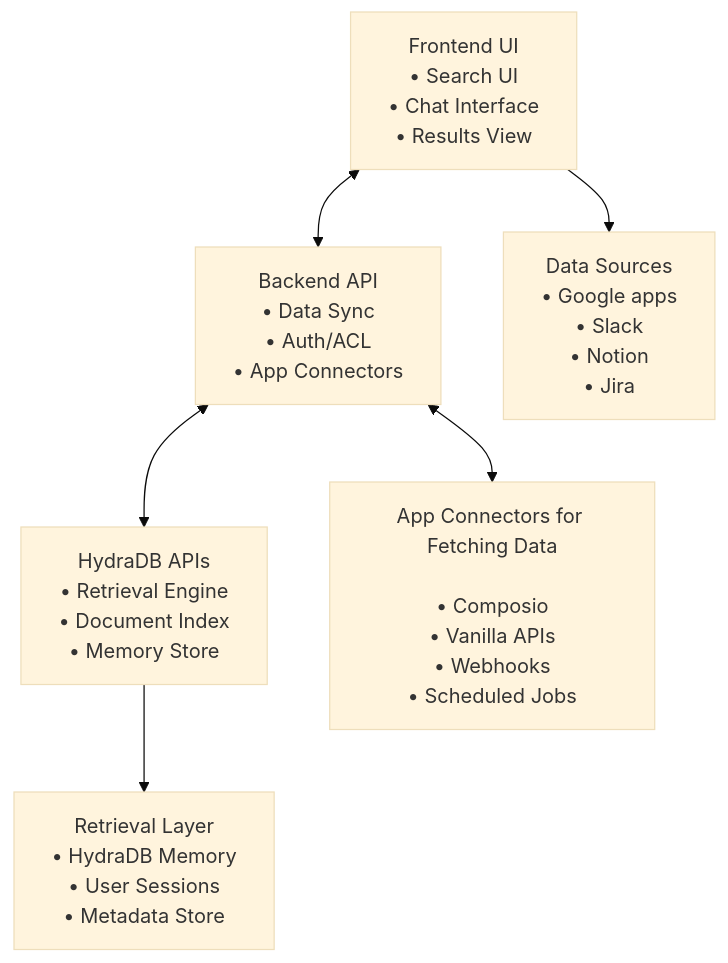
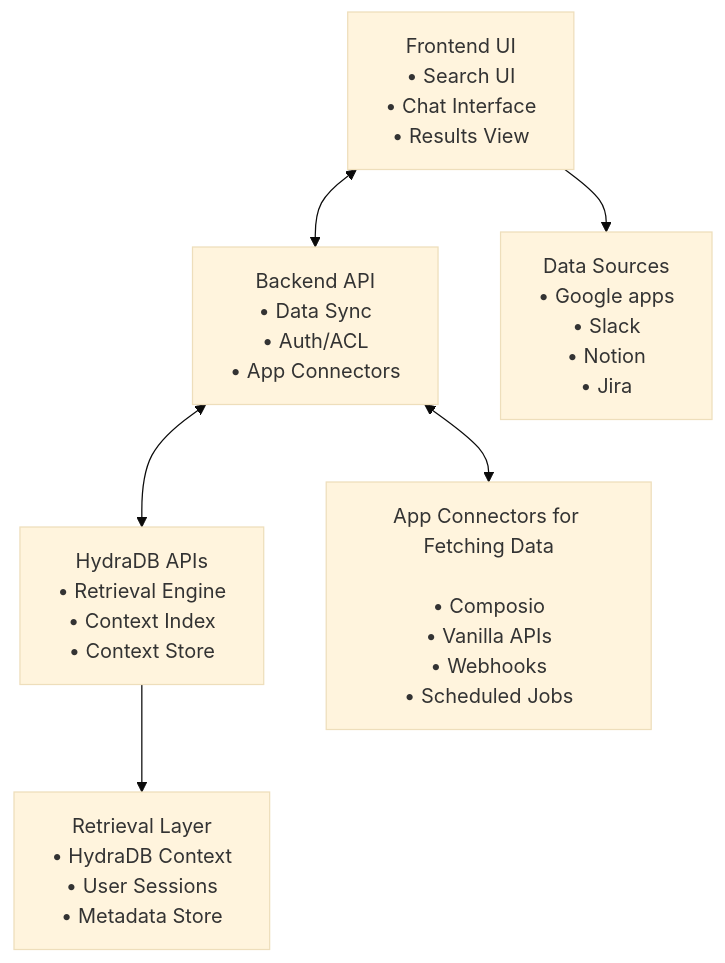
One commit to hydra-db/mintlify-docs changed the diagram in cookbooks/v2/glean-clone.mdx. Above: the diagram before and after it, drawn with Mermaid (base theme). The commit also changed other lines of this file and 13 other files, not shown here.

````diff
--- a/cookbooks/v2/glean-clone.mdx
+++ b/cookbooks/v2/glean-clone.mdx
@@ -42,16 +39,16 @@
 ```mermaid
 graph TD
     A["Frontend UI<br/>• Search UI<br/>• Chat Interface<br/>• Results View"] 
     B["Backend API<br/>• Data Sync<br/>• Auth/ACL<br/>• App Connectors"]
-    C["HydraDB APIs<br/>• Retrieval Engine<br/>• Document Index<br/>• Memory Store"]
+    C["HydraDB APIs<br/>• Retrieval Engine<br/>• Context Index<br/>• Context Store"]
     
     D["Data Sources<br/>• Google apps<br/>• Slack<br/>• Notion<br/>• Jira"]
     E["App Connectors for Fetching Data<br/><br/>• Composio<br/>• Vanilla APIs<br/>• Webhooks<br/>• Scheduled Jobs"]
-    F["Retrieval Layer<br/>• HydraDB Memory<br/>• User Sessions<br/>• Metadata Store"]
+    F["Retrieval Layer<br/>• HydraDB Context<br/>• User Sessions<br/>• Metadata Store"]
     
     A <--> B
     B <--> C
     A --> D
     B <--> E
     C --> F
 ```
````
